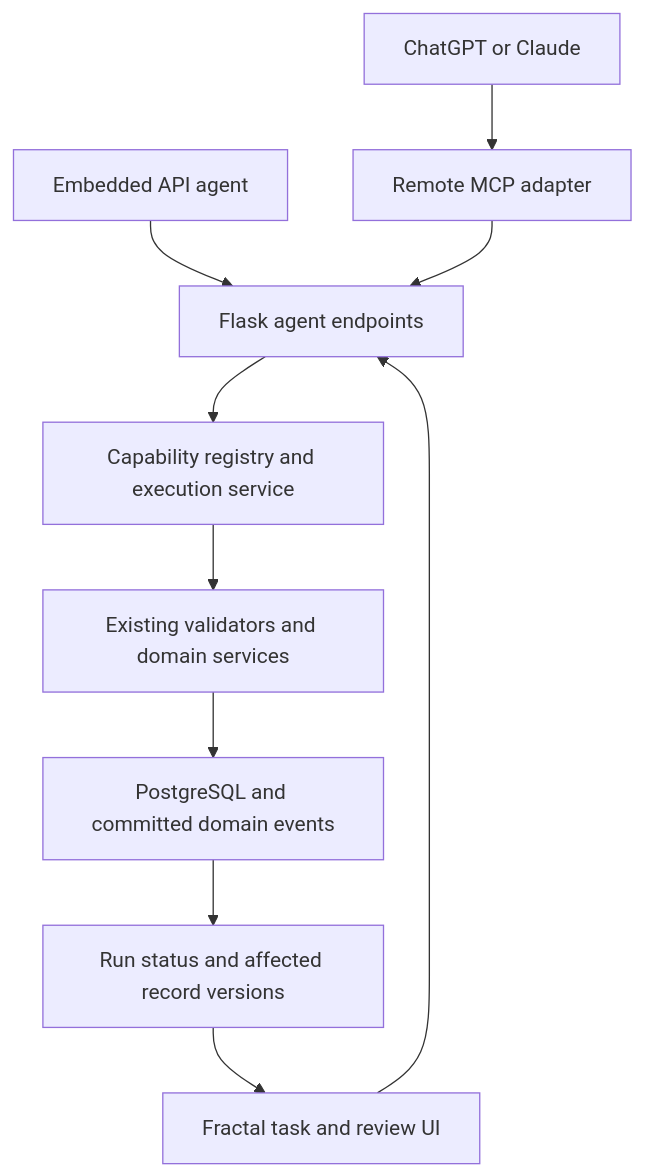
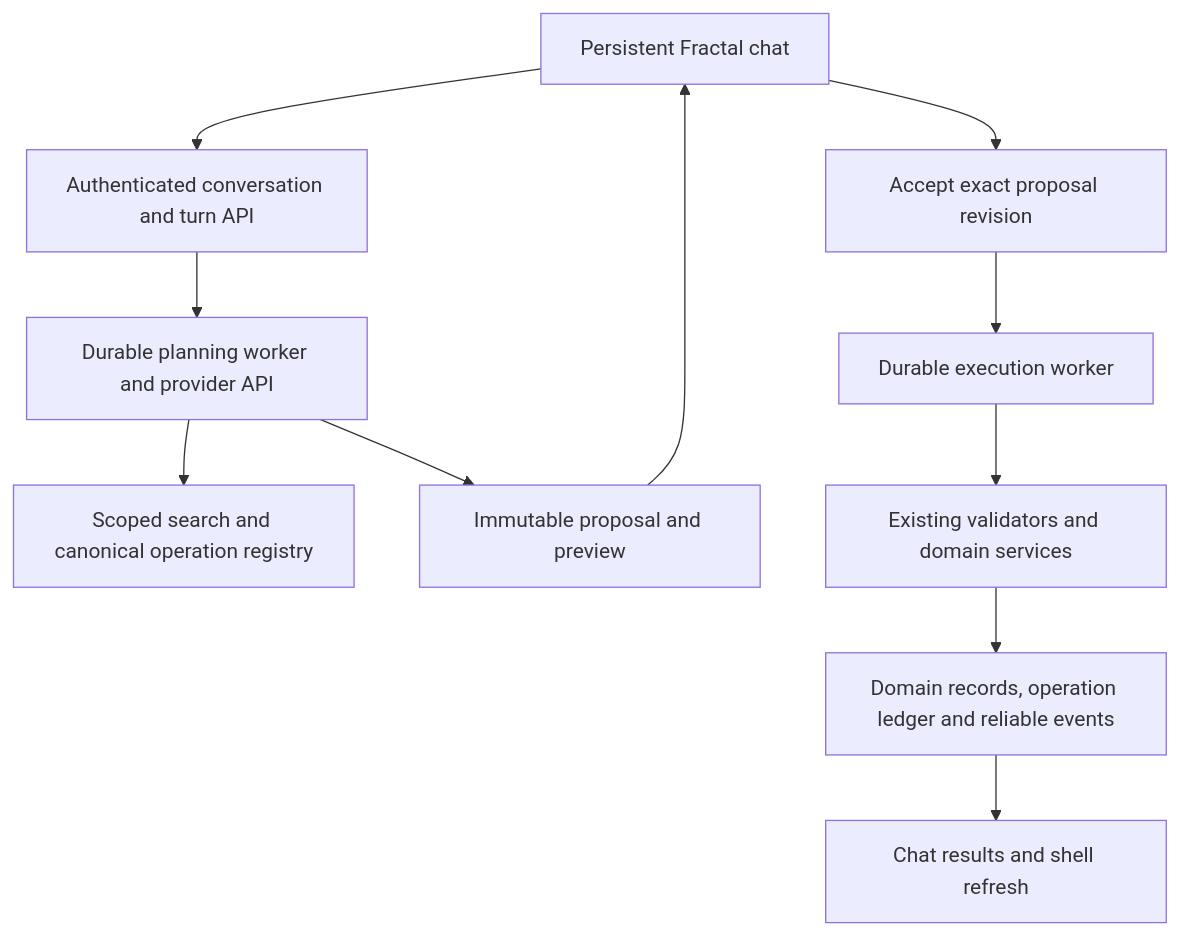
Before and after one commit to billwarker/fractal-goals: the diagram in planning/ai-agent-harness.md, drawn with Mermaid. The commit also changed other lines of this file and 77 other files, not shown here.

````diff
--- a/planning/ai-agent-harness.md
+++ b/planning/ai-agent-harness.md
@@ -150,12 +77,13 @@
 ```mermaid
 flowchart TD
-  A[ChatGPT or Claude] --> B[Remote MCP adapter]
-  C[Fractal task and review UI] --> D[Flask agent endpoints]
-  E[Embedded API agent] --> D
-  B --> D
-  D --> F[Capability registry and execution service]
-  F --> G[Existing validators and domain services]
-  G --> H[PostgreSQL and committed domain events]
-  H --> I[Run status and affected record versions]
-  I --> C
+  A[Persistent Fractal chat] --> B[Authenticated conversation and turn API]
+  B --> C[Durable planning worker and provider API]
+  C --> D[Scoped search and canonical operation registry]
+  C --> E[Immutable proposal and preview]
+  E --> A
+  A --> F[Accept exact proposal revision]
+  F --> G[Durable execution worker]
+  G --> H[Existing validators and domain services]
+  H --> I[Domain records, operation ledger and reliable events]
+  I --> J[Chat results and shell refresh]
 ```
````
